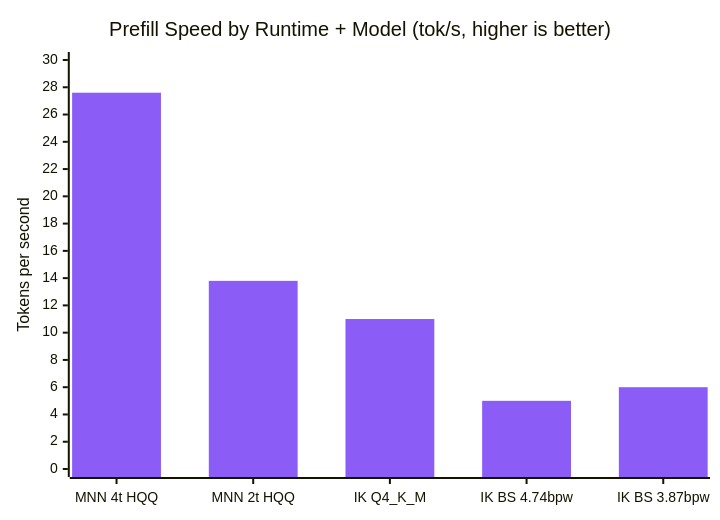
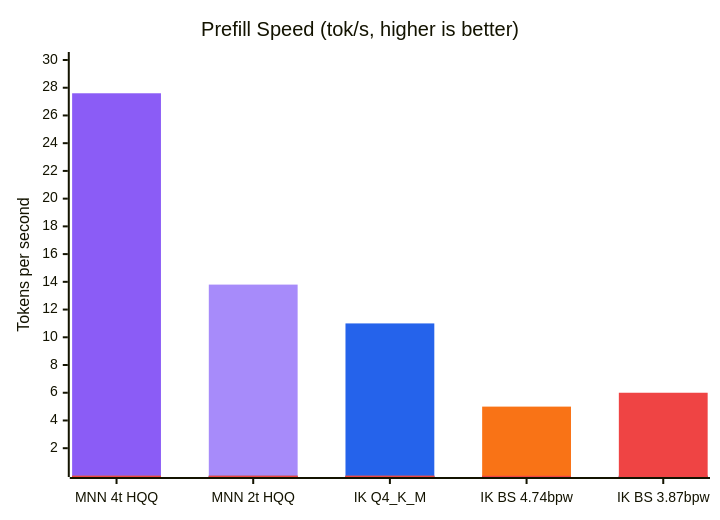
Before and after one commit to slomin/potato-os: the third of 6 diagrams in benchmarks/mnn_spike_results.md, drawn with Mermaid. The commit also changed other lines of this file, not shown here.

First line of the commit message:
spike(mnn): per-bar colors using near-zero workaround (#24)

````diff
--- a/benchmarks/mnn_spike_results.md
+++ b/benchmarks/mnn_spike_results.md
@@ -89,13 +93,17 @@
 ```mermaid
 ---
 config:
     themeVariables:
         xyChart:
-            plotColorPalette: "#8b5cf6, #2563eb, #f97316"
+            plotColorPalette: "#8b5cf6, #a78bfa, #2563eb, #f97316, #ef4444"
 ---
 xychart-beta
-    title "Prefill Speed by Runtime + Model (tok/s, higher is better)"
+    title "Prefill Speed (tok/s, higher is better)"
     x-axis ["MNN 4t HQQ", "MNN 2t HQQ", "IK Q4_K_M", "IK BS 4.74bpw", "IK BS 3.87bpw"]
-    y-axis "Tokens per second" 0 --> 30
-    bar [27.6, 13.8, 11.0, 5.0, 6.0]
+    y-axis "Tokens per second" 0.5 --> 30
+    bar [27.6, 0.01, 0.01, 0.01, 0.01]
+    bar [0.01, 13.8, 0.01, 0.01, 0.01]
+    bar [0.01, 0.01, 11.0, 0.01, 0.01]
+    bar [0.01, 0.01, 0.01, 5.0, 0.01]
+    bar [0.01, 0.01, 0.01, 0.01, 6.0]
 ```
````
